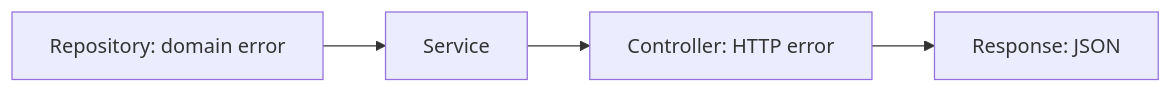
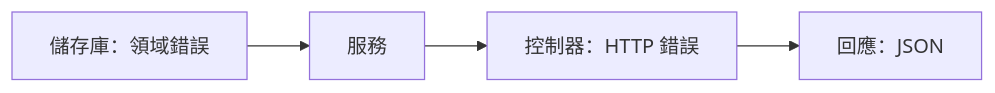
The diagram in docs/zh-Hant/learn/tutorial/7-error-handling.md (NARUBROWN/spine-site), drawn with Mermaid before and after one commit. The commit also changed other lines of this file and 158 other files, not shown here.

````diff
--- a/docs/zh-Hant/learn/tutorial/7-error-handling.md
+++ b/docs/zh-Hant/learn/tutorial/7-error-handling.md
@@ -108,6 +114,6 @@
 ```mermaid
 flowchart LR
-    Repository["Repository: domain error"] --> Service["Service"]
-    Service --> Controller["Controller: HTTP error"]
-    Controller --> Response["Response: JSON"]
+    Repository["儲存庫：領域錯誤"] --> Service["服務"]
+    Service --> Controller["控制器：HTTP 錯誤"]
+    Controller --> Response["回應：JSON"]
 ```
````
